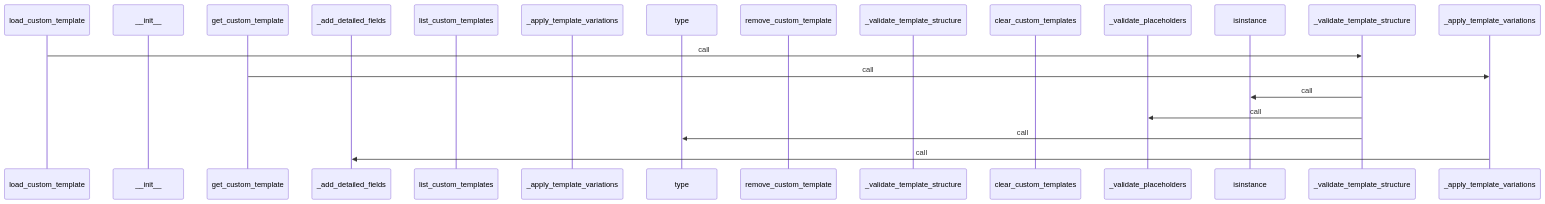
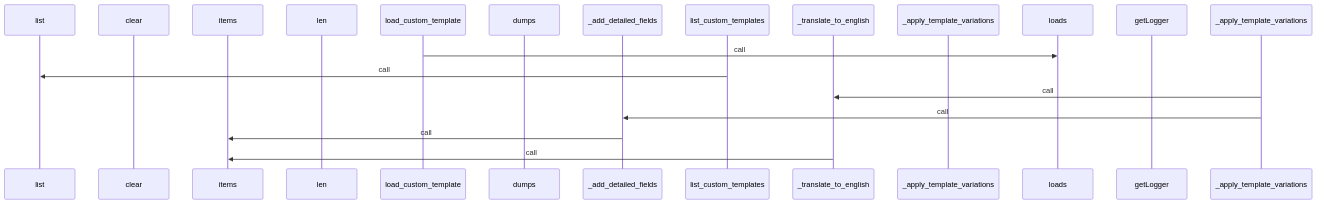
Before and after one commit to yeonjae-personal/codemuse-backend: the third of 4 diagrams in generated_docs/rule_analyzer/formatters/templates/custom_templates.md, drawn with Mermaid. The commit also changed other lines of this file and 3991 other files, not shown here.

First line of the commit message:
feat: 워크플로우 개선 및 핵심 문서 자동 생성 구현

````diff
--- a/generated_docs/rule_analyzer/formatters/templates/custom_templates.md
+++ b/generated_docs/rule_analyzer/formatters/templates/custom_templates.md
@@ -210,21 +210,21 @@
 ```mermaid
 sequenceDiagram
+  participant list as list
+  participant clear as clear
+  participant items as items
+  participant len as len
   participant load_custom_template as load_custom_template
-  participant __init__ as __init__
-  participant get_custom_template as get_custom_template
+  participant dumps as dumps
   participant _add_detailed_fields as _add_detailed_fields
   participant list_custom_templates as list_custom_templates
+  participant _translate_to_english as _translate_to_english
   participant _apply_template_variatio as _apply_template_variations
-  participant type as type
-  participant remove_custom_template as remove_custom_template
-  participant _validate_template_struc as _validate_template_structure
-  participant clear_custom_templates as clear_custom_templates
-  participant _validate_placeholders as _validate_placeholders
-  participant isinstance as isinstance
-  load_custom_template->>_validate_template_structure: call
-  get_custom_template->>_apply_template_variations: call
-  _validate_template_structure->>isinstance: call
-  _validate_template_structure->>_validate_placeholders: call
-  _validate_template_structure->>type: call
+  participant loads as loads
+  participant getLogger as getLogger
+  load_custom_template->>loads: call
+  list_custom_templates->>list: call
+  _apply_template_variations->>_translate_to_english: call
   _apply_template_variations->>_add_detailed_fields: call
+  _add_detailed_fields->>items: call
+  _translate_to_english->>items: call
 ```
````
